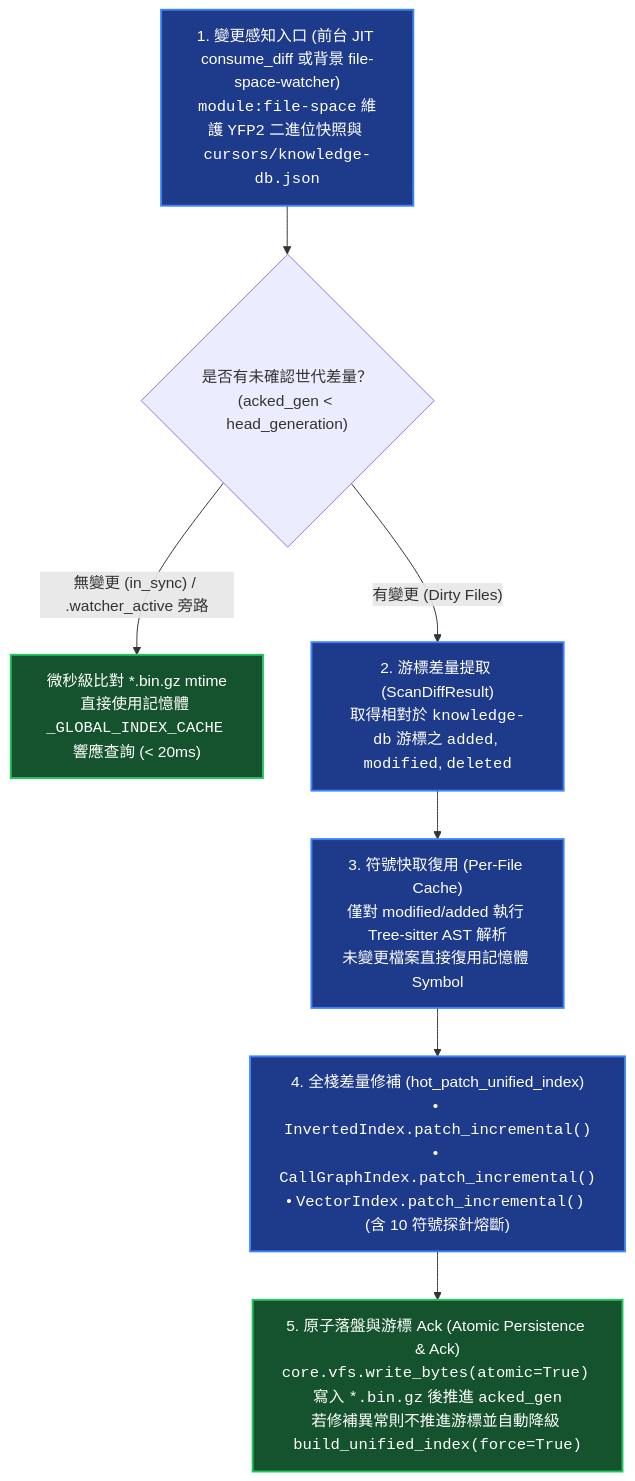
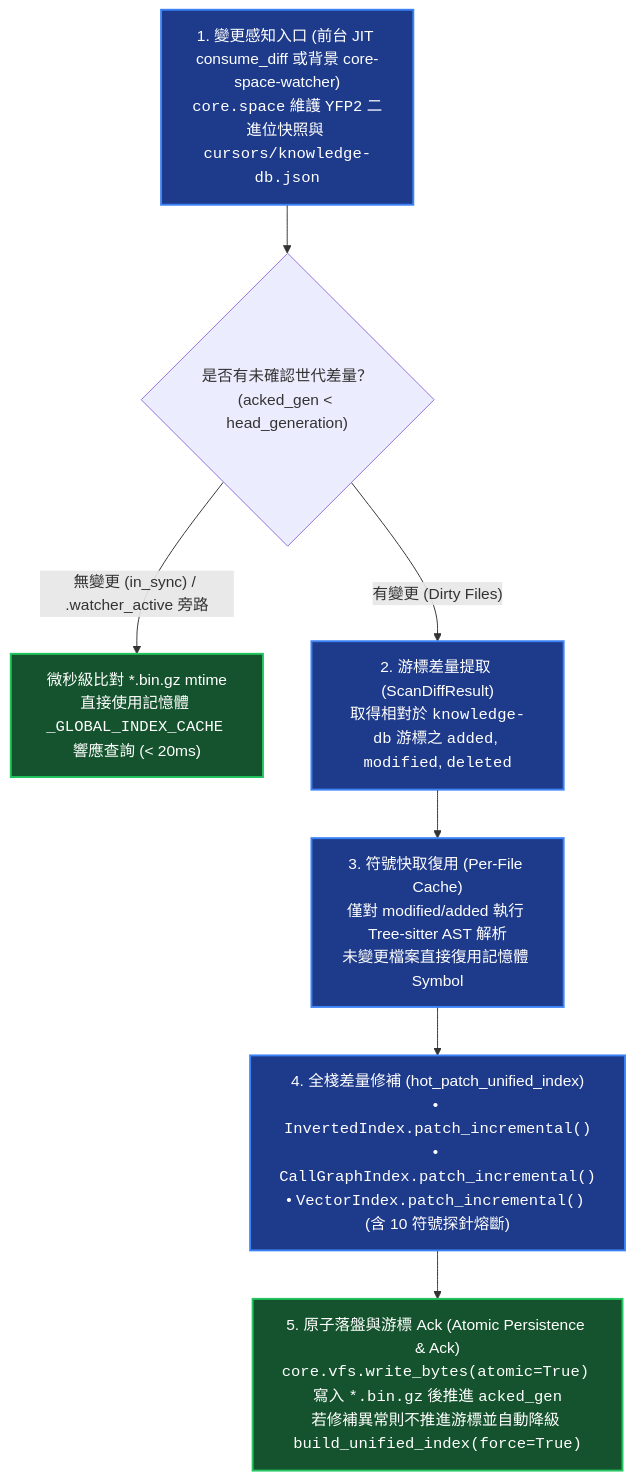
Before and after one commit to ysnaive/ys-codebase: the diagram in docs/knowledge-db/incremental_hot_reload.md, drawn with Mermaid. The commit also changed other lines of this file and 75 other files, not shown here.

Commit message:
perf(ast,core,server,knowledge-db,gdrive-support): accelerate 4-pass AST linking & incremental hot-patch and harden worker resilience

````diff
--- a/docs/knowledge-db/incremental_hot_reload.md
+++ b/docs/knowledge-db/incremental_hot_reload.md
@@ -26,17 +27,17 @@
 ```mermaid
 graph TD
     classDef step fill:#1e3a8a,stroke:#3b82f6,stroke-width:2px,color:#fff;
     classDef opt fill:#14532d,stroke:#22c55e,stroke-width:2px,color:#fff;
 
-    A["1. 變更感知入口 (前台 JIT consume_diff 或背景 file-space-watcher)<br/><code>module:file-space</code> 維護 <code>YFP2</code> 二進位快照與 <code>cursors/knowledge-db.json</code>"]:::step
+    A["1. 變更感知入口 (前台 JIT consume_diff 或背景 core-space-watcher)<br/><code>core.space</code> 維護 <code>YFP2</code> 二進位快照與 <code>cursors/knowledge-db.json</code>"]:::step
     --> B{"是否有未確認世代差量？<br/>(acked_gen &lt; head_generation)"}
     
     B -- "無變更 (in_sync) / .watcher_active 旁路" --> C["微秒級比對 *.bin.gz mtime<br/>直接使用記憶體 <code>_GLOBAL_INDEX_CACHE</code> 響應查詢 (&lt; 20ms)"]:::opt
     B -- "有變更 (Dirty Files)" --> D["2. 游標差量提取 (ScanDiffResult)<br/>取得相對於 <code>knowledge-db</code> 游標之 <code>added</code>, <code>modified</code>, <code>deleted</code>"]:::step
 
     D --> E["3. 符號快取復用 (Per-File Cache)<br/>僅對 modified/added 執行 Tree-sitter AST 解析<br/>未變更檔案直接復用記憶體 Symbol"]:::step
     
     E --> F["4. 全棧差量修補 (hot_patch_unified_index)<br/>• <code>InvertedIndex.patch_incremental()</code><br/>• <code>CallGraphIndex.patch_incremental()</code><br/>• <code>VectorIndex.patch_incremental()</code> (含 10 符號探針熔斷)"]:::step
     
     F --> G["5. 原子落盤與游標 Ack (Atomic Persistence & Ack)<br/><code>core.vfs.write_bytes(atomic=True)</code> 寫入 <code>*.bin.gz</code> 後推進 <code>acked_gen</code><br/>若修補異常則不推進游標並自動降級 <code>build_unified_index(force=True)</code>"]:::opt
 ```
````
